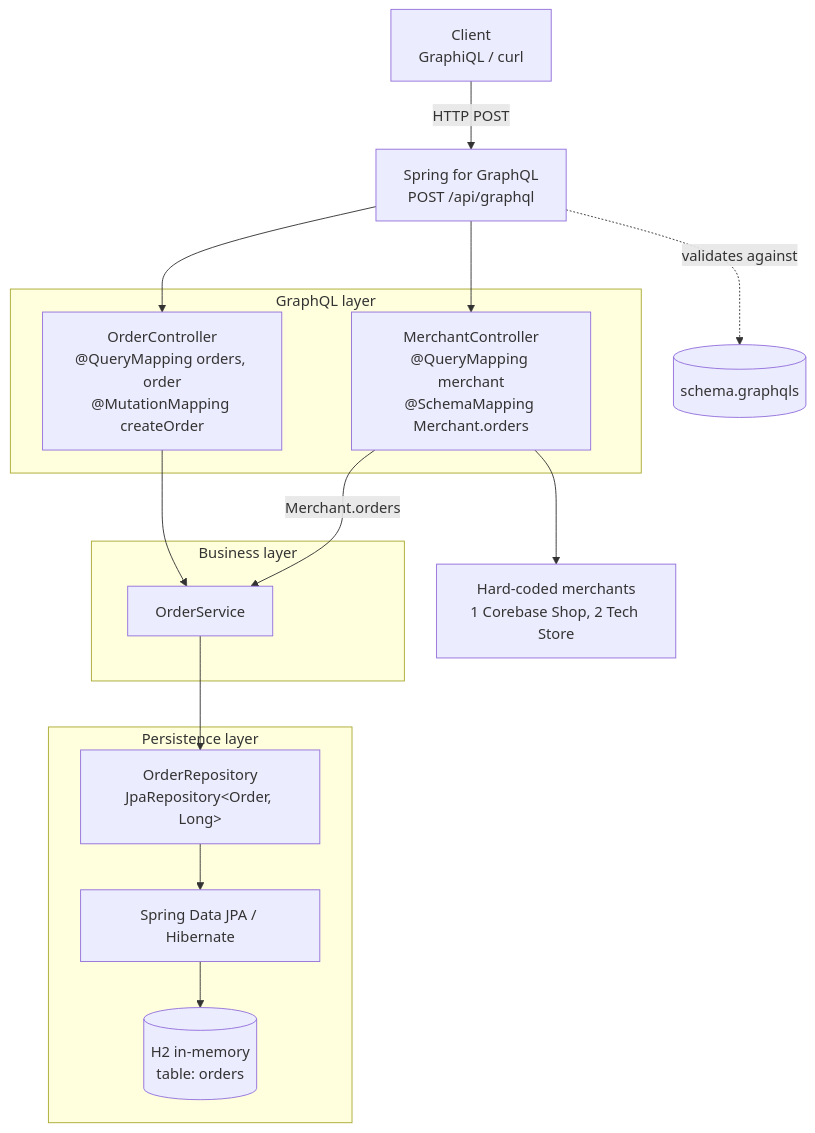
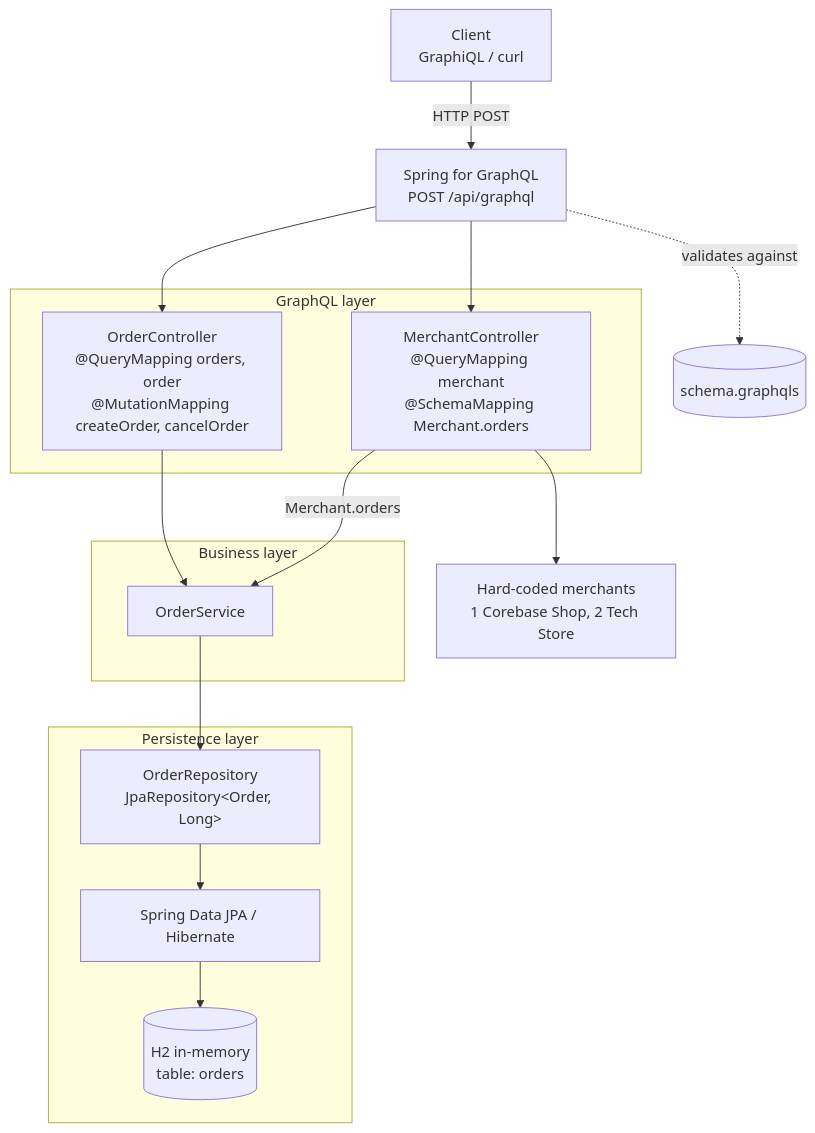
The first of 3 diagrams in SCHEMA.md (Bevia/graphql-payments), drawn with Mermaid before and after one commit. The commit also changed other lines of this file and 10 other files, not shown here.

Commit message:
add cancel to the schema

````diff
--- a/SCHEMA.md
+++ b/SCHEMA.md
@@ -113,34 +125,34 @@
 ```mermaid
 flowchart TD
     Client["Client<br/>GraphiQL / curl"]
     Endpoint["Spring for GraphQL<br/>POST /api/graphql"]
     Schema[("schema.graphqls")]
 
     subgraph GraphQL layer
-        OC["OrderController<br/>@QueryMapping orders, order<br/>@MutationMapping createOrder"]
+        OC["OrderController<br/>@QueryMapping orders, order<br/>@MutationMapping createOrder, cancelOrder"]
         MC["MerchantController<br/>@QueryMapping merchant<br/>@SchemaMapping Merchant.orders"]
     end
 
     subgraph Business layer
         OS["OrderService"]
     end
 
     subgraph Persistence layer
         OR["OrderRepository<br/>JpaRepository&lt;Order, Long&gt;"]
         JPA["Spring Data JPA / Hibernate"]
         H2[("H2 in-memory<br/>table: orders")]
     end
 
     Merchants["Hard-coded merchants<br/>1 Corebase Shop, 2 Tech Store"]
 
     Client -->|HTTP POST| Endpoint
     Endpoint -.->|validates against| Schema
     Endpoint --> OC
     Endpoint --> MC
     OC --> OS
     MC -->|Merchant.orders| OS
     MC --> Merchants
     OS --> OR
     OR --> JPA
     JPA --> H2
 ```
````
